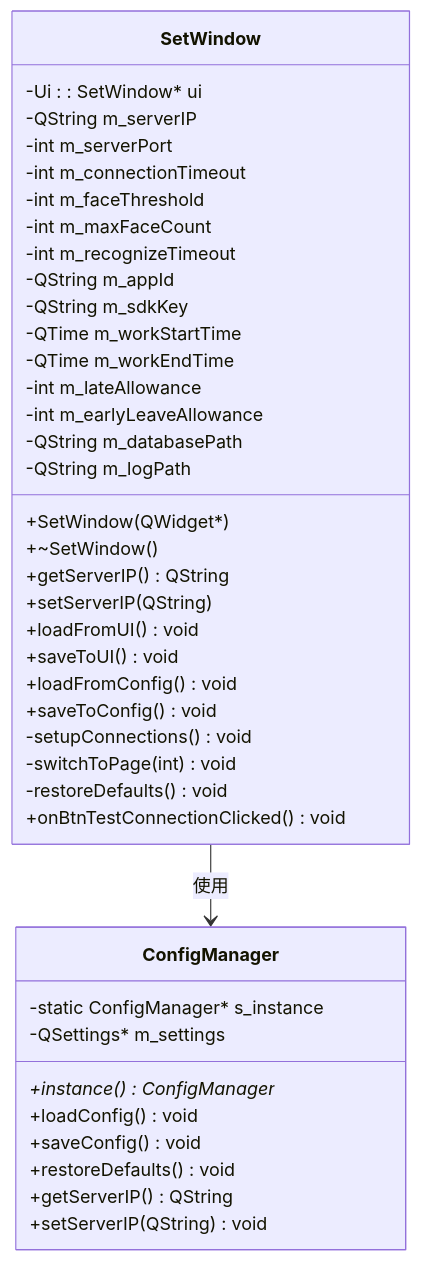
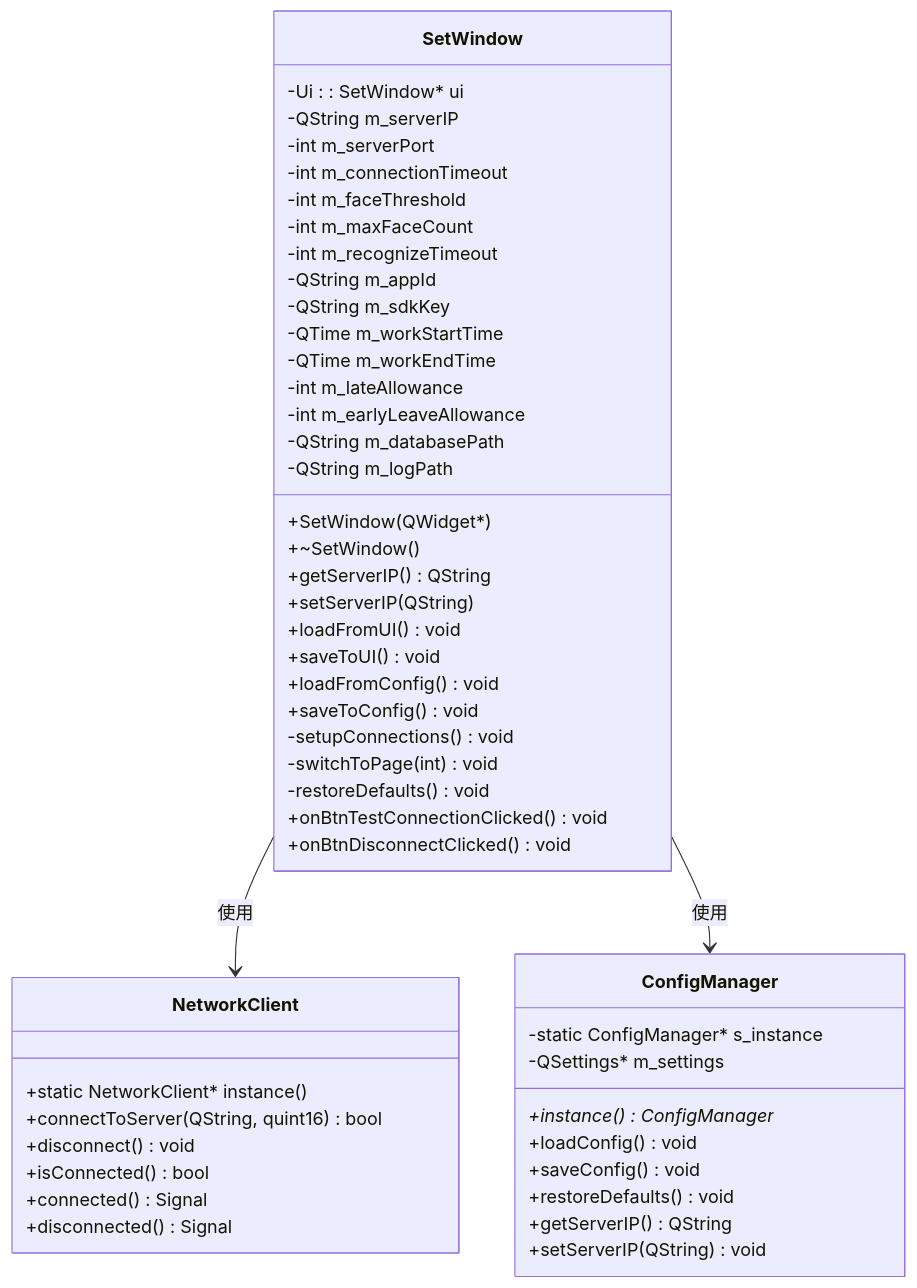
One commit to HeQiTZD/Triple-terminal-Attendance-Punching-System changed the third of 8 diagrams in .qoder/repowiki/zh/content/用户界面设计/设置窗口.md. Above: the diagram before and after it, drawn with Mermaid. The commit also changed other lines of this file and 18 other files, not shown here.

````diff
--- a/.qoder/repowiki/zh/content/用户界面设计/设置窗口.md
+++ b/.qoder/repowiki/zh/content/用户界面设计/设置窗口.md
@@ -149,43 +180,53 @@
 ```mermaid
 classDiagram
 class SetWindow {
 -Ui : : SetWindow* ui
 -QString m_serverIP
 -int m_serverPort
 -int m_connectionTimeout
 -int m_faceThreshold
 -int m_maxFaceCount
 -int m_recognizeTimeout
 -QString m_appId
 -QString m_sdkKey
 -QTime m_workStartTime
 -QTime m_workEndTime
 -int m_lateAllowance
 -int m_earlyLeaveAllowance
 -QString m_databasePath
 -QString m_logPath
 +SetWindow(QWidget*)
 +~SetWindow()
 +getServerIP() QString
 +setServerIP(QString)
 +loadFromUI() void
 +saveToUI() void
 +loadFromConfig() void
 +saveToConfig() void
 -setupConnections() void
 -switchToPage(int) void
 -restoreDefaults() void
 +onBtnTestConnectionClicked() void
++onBtnDisconnectClicked() void
+}
+class NetworkClient {
++static NetworkClient* instance()
++connectToServer(QString, quint16) bool
++disconnect() void
++isConnected() bool
++connected() Signal
++disconnected() Signal
 }
 class ConfigManager {
 -static ConfigManager* s_instance
 -QSettings* m_settings
 +instance() ConfigManager*
 +loadConfig() void
 +saveConfig() void
 +restoreDefaults() void
 +getServerIP() QString
 +setServerIP(QString) void
 }
+SetWindow --> NetworkClient : 使用
 SetWindow --> ConfigManager : 使用
 ```
````
